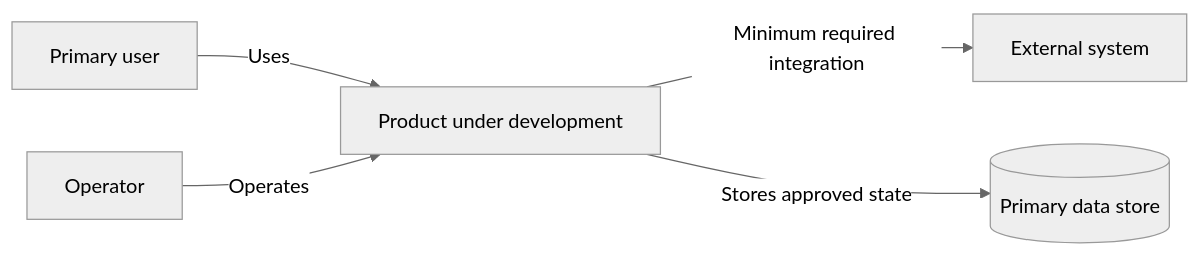
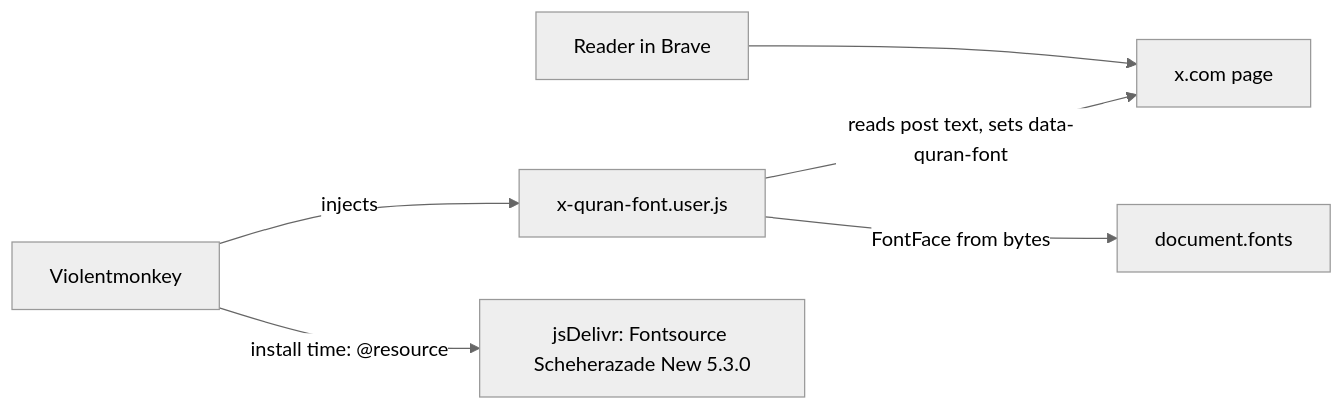
One commit to roko-tech/x-quran-font changed the diagram in docs/architecture/overview.md. Above: the diagram before and after it, drawn with Mermaid (neutral theme). The commit also changed other lines of this file and 21 other files, not shown here.

````diff
--- a/docs/architecture/overview.md
+++ b/docs/architecture/overview.md
@@ -29,7 +11,8 @@
 ```mermaid
 flowchart LR
-    User[Primary user] -->|Uses| Product[Product under development]
-    Operator[Operator] -->|Operates| Product
-    Product -->|Minimum required integration| External[External system]
-    Product -->|Stores approved state| Data[(Primary data store)]
+    User[Reader in Brave] --> X[x.com page]
+    Manager[Violentmonkey] -->|injects| Script[x-quran-font.user.js]
+    Manager -->|install time: @resource| CDN[jsDelivr: Fontsource Scheherazade New 5.3.0]
+    Script -->|reads post text, sets data-quran-font| X
+    Script -->|FontFace from bytes| Fonts[document.fonts]
 ```
````
